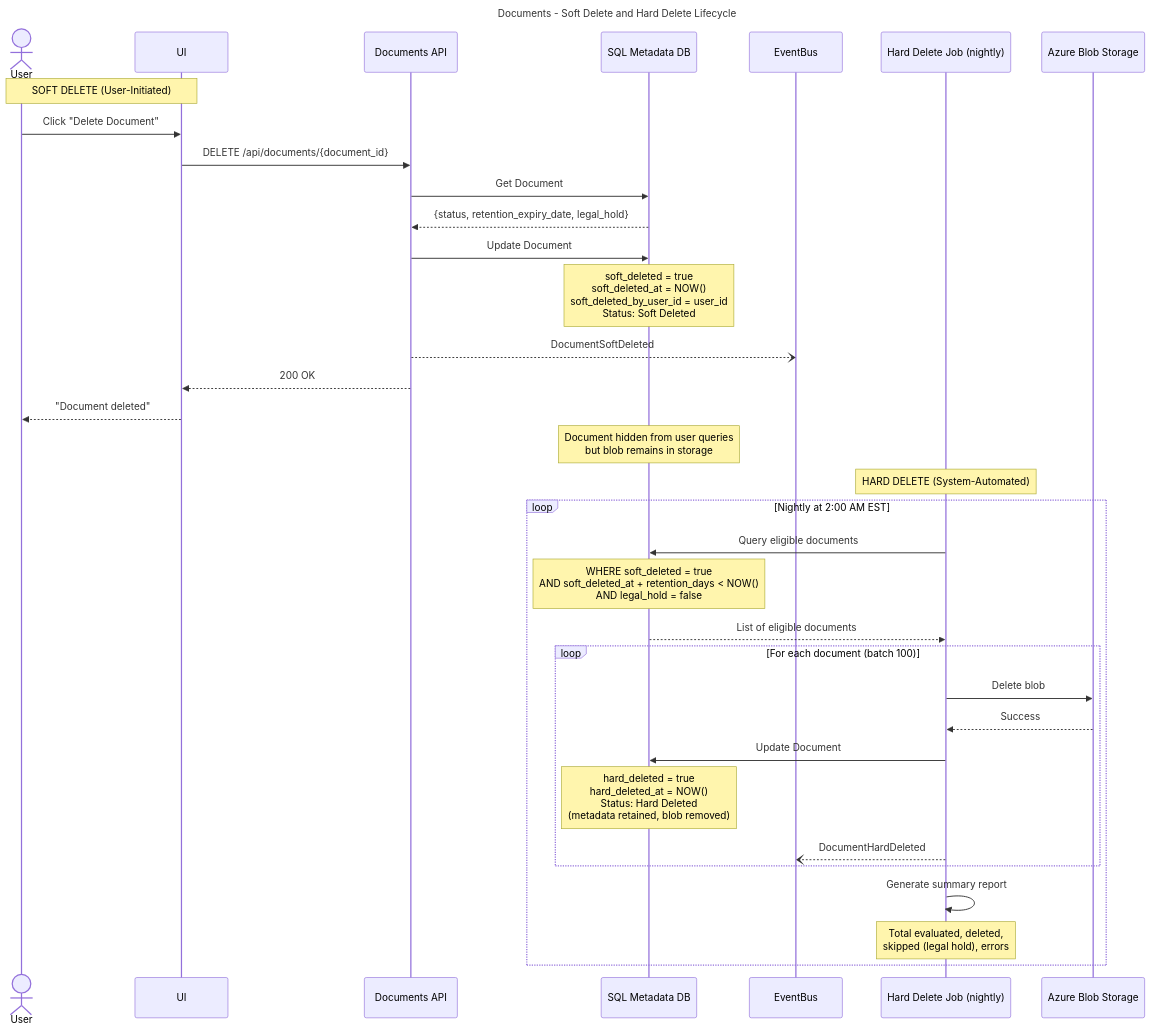
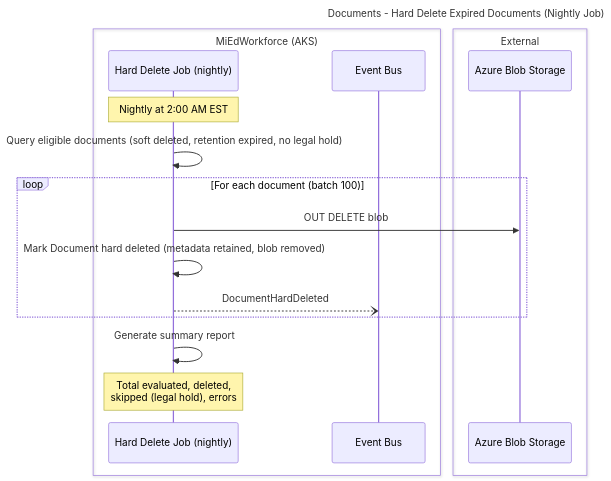
Before and after one commit to mnichols-dl/mied-design: the seventh of 16 diagrams in working-docs/solution-areas/documents/documents-sequences.md, drawn with Mermaid. The commit also changed other lines of this file and 34 other files, not shown here.

Commit message:
Update sequences and perform RTM assessment

````diff
--- a/working-docs/solution-areas/documents/documents-sequences.md
+++ b/working-docs/solution-areas/documents/documents-sequences.md
@@ -343,49 +374,25 @@
 ```mermaid
 ---
-title: Documents - Soft Delete and Hard Delete Lifecycle
+title: Documents - Hard Delete Expired Documents (Nightly Job)
 ---
 sequenceDiagram
-    actor User
-    participant UI
-    participant DocsAPI as Documents API
-    participant MetadataDB as SQL Metadata DB
-    participant EventBus
+    box MiEdWorkforce (AKS)
     participant HardDeleteJob as Hard Delete Job (nightly)
+    participant EventBus as Event Bus
+    end
+    box External
     participant BlobStorage as Azure Blob Storage
-    
-    Note over User,UI: SOFT DELETE (User-Initiated)
-    User->>UI: Click "Delete Document"
-    UI->>DocsAPI: DELETE /api/documents/{document_id}
-    
-    DocsAPI->>MetadataDB: Get Document
-    MetadataDB-->>DocsAPI: {status, retention_expiry_date, legal_hold}
-    
-    DocsAPI->>MetadataDB: Update Document
-    Note over MetadataDB: soft_deleted = true<br/>soft_deleted_at = NOW()<br/>soft_deleted_by_user_id = user_id<br/>Status: Soft Deleted
-    
-    DocsAPI--)EventBus: DocumentSoftDeleted
-    DocsAPI-->>UI: 200 OK
-    UI-->>User: "Document deleted"
-    
-    Note over MetadataDB: Document hidden from user queries<br/>but blob remains in storage
-    
-    Note over HardDeleteJob: HARD DELETE (System-Automated)
-    loop Nightly at 2:00 AM EST
-        HardDeleteJob->>MetadataDB: Query eligible documents
-        Note over MetadataDB: WHERE soft_deleted = true<br/>AND soft_deleted_at + retention_days < NOW()<br/>AND legal_hold = false
-        MetadataDB-->>HardDeleteJob: List of eligible documents
-        
-        loop For each document (batch 100)
-            HardDeleteJob->>BlobStorage: Delete blob
-            BlobStorage-->>HardDeleteJob: Success
-            
-            HardDeleteJob->>MetadataDB: Update Document
-            Note over MetadataDB: hard_deleted = true<br/>hard_deleted_at = NOW()<br/>Status: Hard Deleted<br/>(metadata retained, blob removed)
-            
-            HardDeleteJob--)EventBus: DocumentHardDeleted
-        end
-        
-        HardDeleteJob->>HardDeleteJob: Generate summary report
-        Note over HardDeleteJob: Total evaluated, deleted,<br/>skipped (legal hold), errors
     end
+
+    Note over HardDeleteJob: Nightly at 2:00 AM EST
+    HardDeleteJob->>HardDeleteJob: Query eligible documents (soft deleted, retention expired, no legal hold)
+
+    loop For each document (batch 100)
+        HardDeleteJob->>BlobStorage: OUT DELETE blob
+        HardDeleteJob->>HardDeleteJob: Mark Document hard deleted (metadata retained, blob removed)
+        HardDeleteJob--)EventBus: DocumentHardDeleted
+    end
+
+    HardDeleteJob->>HardDeleteJob: Generate summary report
+    Note over HardDeleteJob: Total evaluated, deleted,<br/>skipped (legal hold), errors
 ```
````
